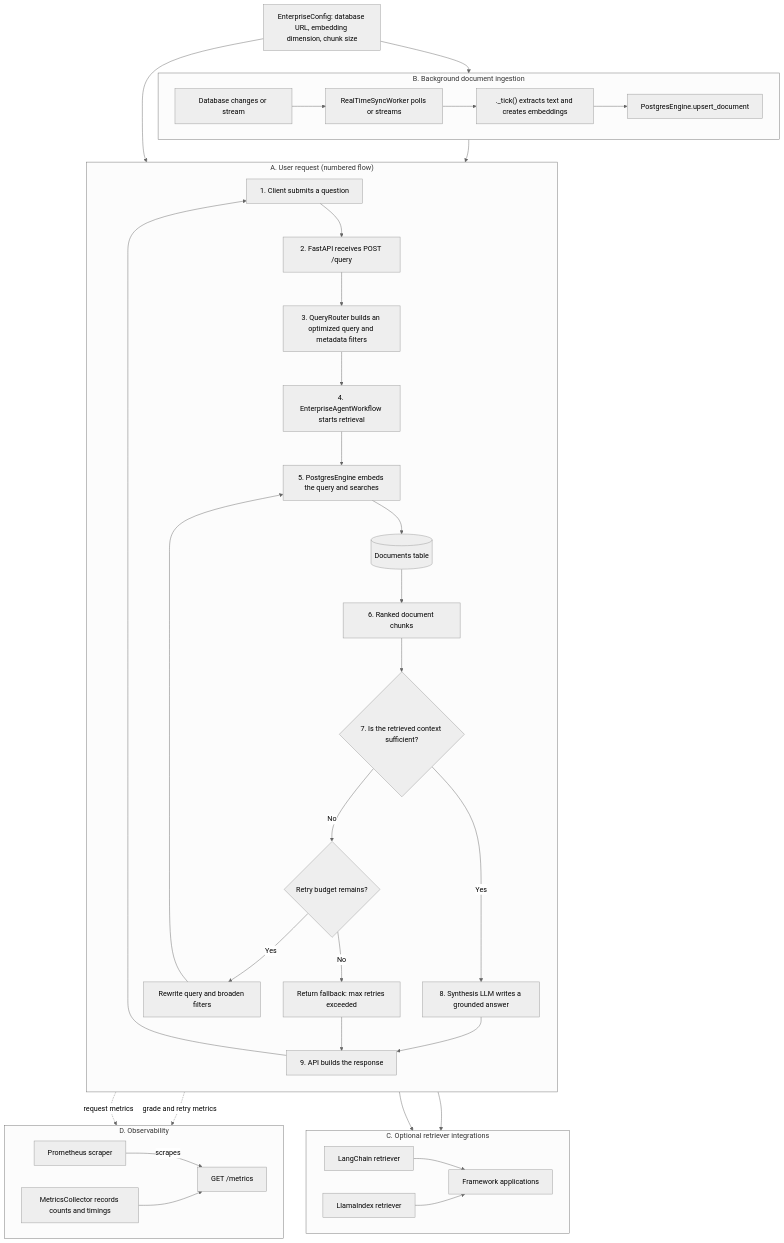
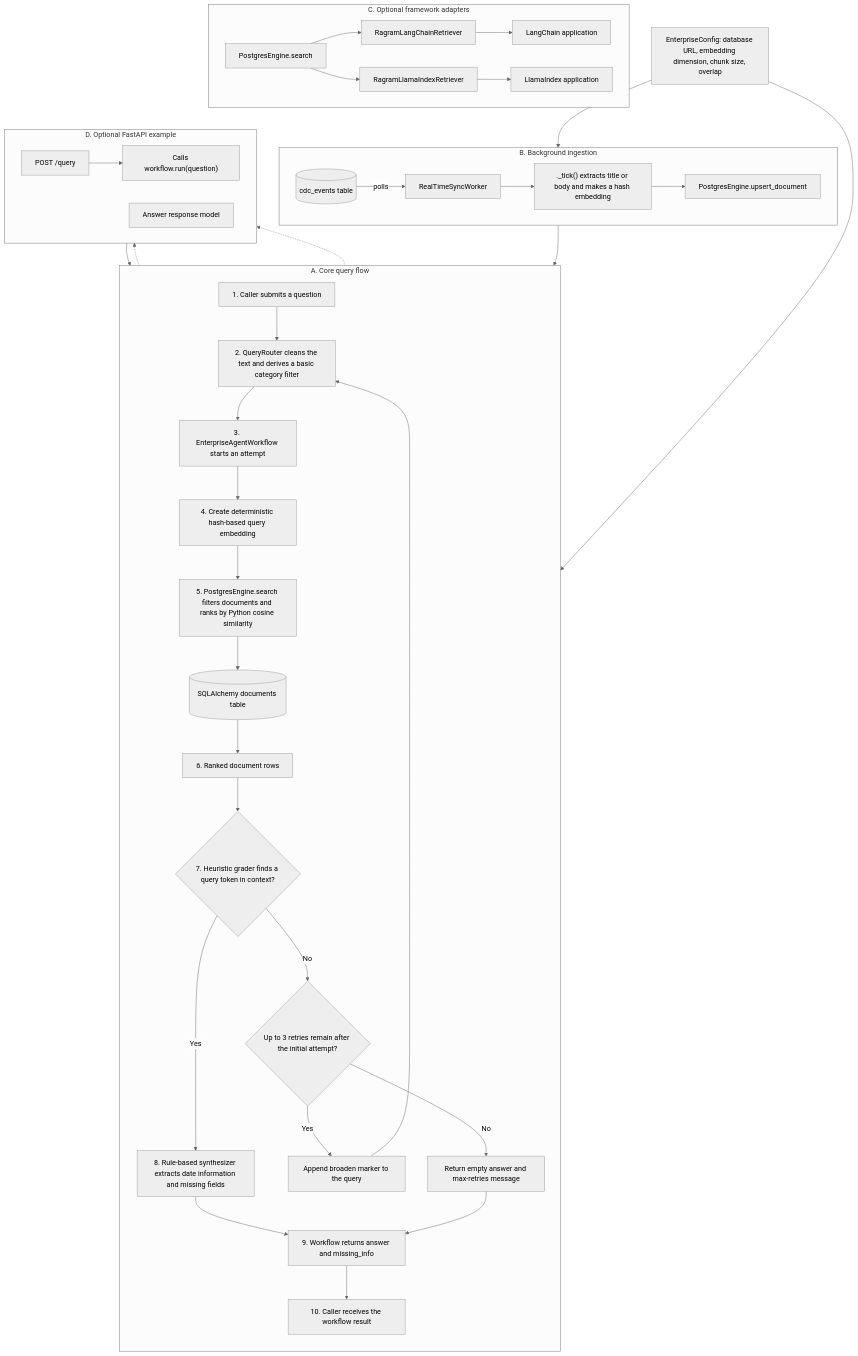
The diagram in ARCHITECTURE_DIAGRAM.md (ramprakash-munugapati/RAGRAM_Enterprise), drawn with Mermaid (neutral theme) before and after one commit. The commit also changed other lines of this file and 2 other files, not shown here.

Commit message:
Align architecture docs with implemented flow

````diff
--- a/ARCHITECTURE_DIAGRAM.md
+++ b/ARCHITECTURE_DIAGRAM.md
@@ -5,49 +5,50 @@
 ```mermaid
 flowchart TD
-    subgraph Request["A. User request (numbered flow)"]
+    subgraph Request["A. Core query flow"]
         direction TD
-        Client["1. Client submits a question"] --> API["2. FastAPI receives POST /query"]
-        API --> Router["3. QueryRouter builds an optimized query and metadata filters"]
-        Router --> Workflow["4. EnterpriseAgentWorkflow starts retrieval"]
-        Workflow --> Search["5. PostgresEngine embeds the query and searches"]
-        Search --> Documents[("Documents table")]
-        Documents --> Results["6. Ranked document chunks"]
-        Results --> Grade{"7. Is the retrieved context sufficient?"}
-        Grade -->|Yes| Synthesis["8. Synthesis LLM writes a grounded answer"]
-        Synthesis --> Response["9. API builds the response"]
-        Response --> Client
-        Grade -->|No| Retry{"Retry budget remains?"}
-        Retry -->|Yes| Rewrite["Rewrite query and broaden filters"]
-        Rewrite --> Search
-        Retry -->|No| Fallback["Return fallback: max retries exceeded"]
-        Fallback --> Response
+        ClientRequest["1. Caller submits a question"] --> Router["2. QueryRouter cleans the text and derives a basic category filter"]
+        Router --> Workflow["3. EnterpriseAgentWorkflow starts an attempt"]
+        Workflow --> Embed["4. Create deterministic hash-based query embedding"]
+        Embed --> Search["5. PostgresEngine.search filters documents and ranks by Python cosine similarity"]
+        Search --> Documents[("SQLAlchemy documents table")]
+        Documents --> Results["6. Ranked document rows"]
+        Results --> Grade{"7. Heuristic grader finds a query token in context?"}
+        Grade -->|Yes| Synthesis["8. Rule-based synthesizer extracts date information and missing fields"]
+        Synthesis --> Result["9. Workflow returns answer and missing_info"]
+        Result --> ClientResponse["10. Caller receives the workflow result"]
+        Grade -->|No| Retry{"Up to 3 retries remain after the initial attempt?"}
+        Retry -->|Yes| Rewrite["Append broaden marker to the query"]
+        Rewrite --> Router
+        Retry -->|No| Fallback["Return empty answer and max-retries message"]
+        Fallback --> Result
     end
 
-    subgraph Ingestion["B. Background document ingestion"]
+    subgraph Ingestion["B. Background ingestion"]
         direction LR
-        Source["Database changes or stream"] --> Worker["RealTimeSyncWorker polls or streams"]
-        Worker --> Tick["._tick() extracts text and creates embeddings"]
+        Events[("cdc_events table")] -->|polls| Worker["RealTimeSyncWorker"]
+        Worker --> Tick["._tick() extracts title or body and makes a hash embedding"]
         Tick --> Upsert["PostgresEngine.upsert_document"]
         Upsert --> Documents
     end
 
-    subgraph Integrations["C. Optional retriever integrations"]
+    subgraph Adapters["C. Optional framework adapters"]
         direction LR
-        Results --> LangChain["LangChain retriever"]
-        Results --> LlamaIndex["LlamaIndex retriever"]
-        LangChain --> FrameworkApps["Framework applications"]
-        LlamaIndex --> FrameworkApps
+        Engine["PostgresEngine.search"]
+        Engine --> LangChain["RagramLangChainRetriever"]
+        Engine --> LlamaIndex["RagramLlamaIndexRetriever"]
+        LangChain --> LCApp["LangChain application"]
+        LlamaIndex --> LIApp["LlamaIndex application"]
     end
 
-    subgraph Observability["D. Observability"]
+    subgraph HttpExample["D. Optional FastAPI example"]
         direction LR
-        MetricsCollector["MetricsCollector records counts and timings"]
-        Prometheus["Prometheus scraper"] -->|scrapes| MetricsEndpoint["GET /metrics"]
-        MetricsCollector --> MetricsEndpoint
+        HttpRequest["POST /query"] --> HttpWorkflow["Calls workflow.run(question)"]
+        HttpWorkflow --> Router
+        HttpResponse["Answer response model"]
     end
 
-    Config["EnterpriseConfig: database URL, embedding dimension, chunk size"] --> Search
+    Config["EnterpriseConfig: database URL, embedding dimension, chunk size, overlap"] --> Search
     Config --> Upsert
-    API -.->|request metrics| MetricsCollector
-    Workflow -.->|grade and retry metrics| MetricsCollector
+    ClientRequest -.-> HttpRequest
+    Result -.-> HttpResponse
 ```
````
